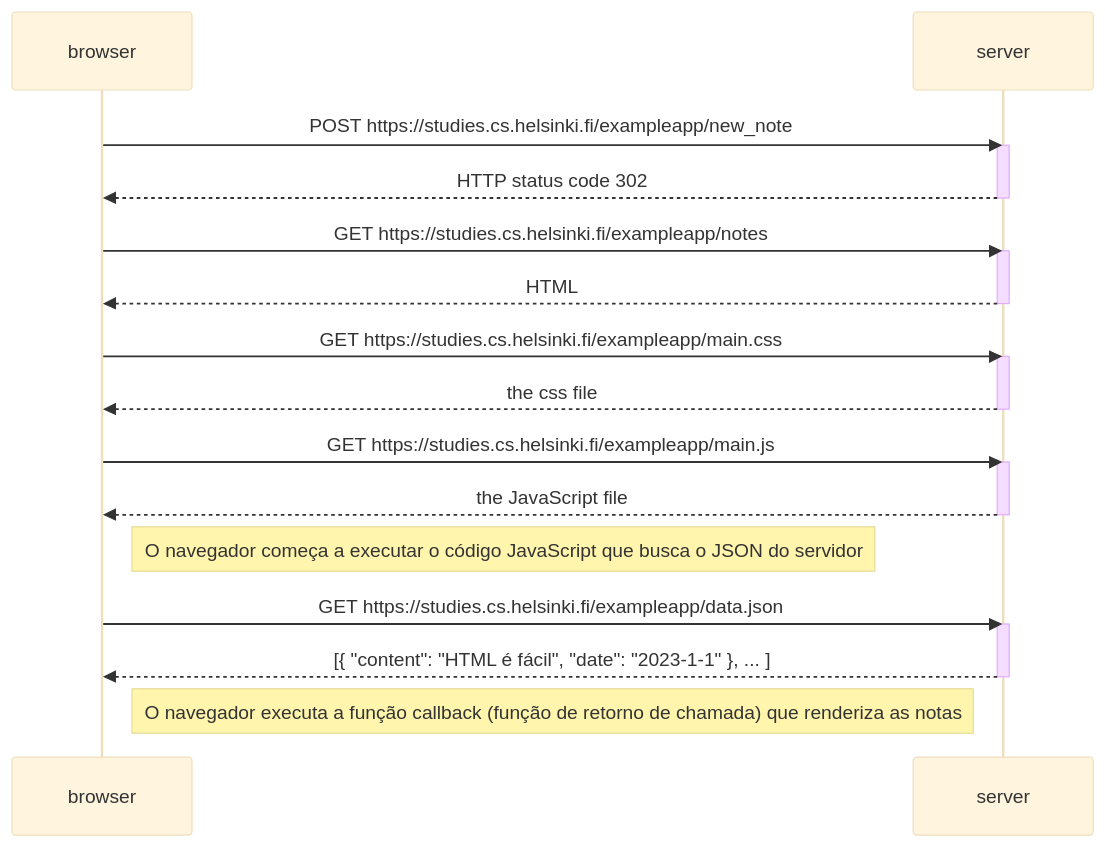
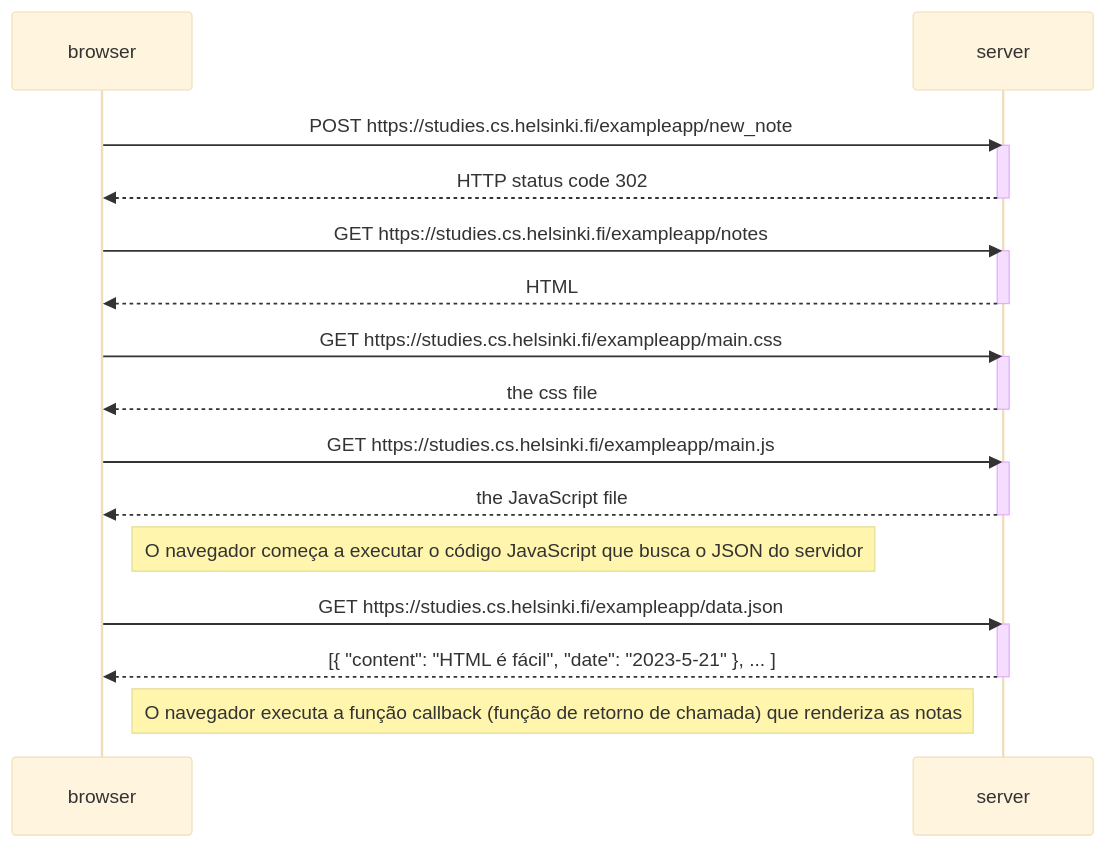
Before and after one commit to Dizzonauro/fullstackopen-2023: the diagram in part-0/0.4.md, drawn with Mermaid (base theme).

Commit message:
add right date

````diff
--- a/part-0/0.4.md
+++ b/part-0/0.4.md
@@ -1,34 +1,34 @@
 ```mermaid
 sequenceDiagram
     participant browser
     participant server
 
     browser->>server: POST https://studies.cs.helsinki.fi/exampleapp/new_note
     activate server
     server-->>browser: HTTP status code 302
     deactivate server
 
     browser->>server: GET https://studies.cs.helsinki.fi/exampleapp/notes
     activate server
     server-->>browser: HTML
     deactivate server
 
     browser->>server: GET https://studies.cs.helsinki.fi/exampleapp/main.css
     activate server
     server-->>browser: the css file
     deactivate server
 
     browser->>server: GET https://studies.cs.helsinki.fi/exampleapp/main.js
     activate server
     server-->>browser: the JavaScript file
     deactivate server
 
     Note right of browser: O navegador começa a executar o código JavaScript que busca o JSON do servidor
 
     browser->>server: GET https://studies.cs.helsinki.fi/exampleapp/data.json
     activate server
-    server-->>browser: [{ "content": "HTML é fácil", "date": "2023-1-1" }, ... ]
+    server-->>browser: [{ "content": "HTML é fácil", "date": "2023-5-21" }, ... ]
     deactivate server
 
     Note right of browser: O navegador executa a função callback (função de retorno de chamada) que renderiza as notas
 ```
````
